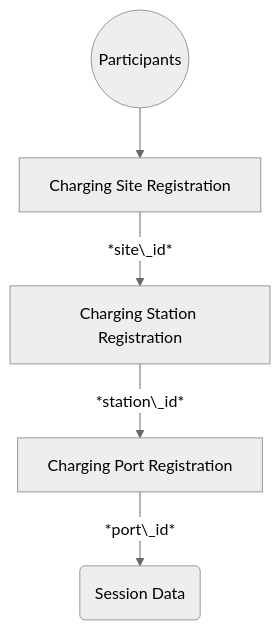
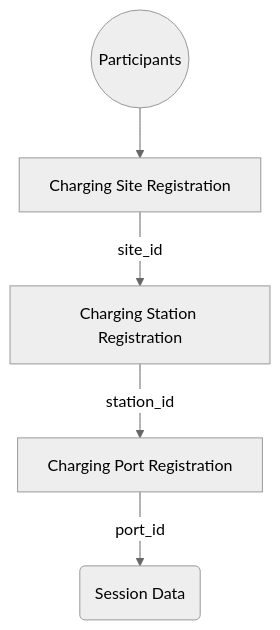
Before and after one commit to AtlasPublicPolicy/charging-use-spec: the diagram in README.md, drawn with Mermaid (neutral theme).

Commit message:
Update README.md
removed unnecessary formatting from fig 1

````diff
--- a/README.md
+++ b/README.md
@@ -41,7 +41,7 @@
 ```mermaid 
 graph TD
  A((Participants)) --> B[Charging Site Registration]
- B --*site\_id* --> C[Charging Station Registration]
- C --*station\_id* --> D[Charging Port Registration]
- D --*port\_id* --> E(Session Data)
+ B --site_id --> C[Charging Station Registration]
+ C --station_id --> D[Charging Port Registration]
+ D --port_id --> E(Session Data)
 ```
````
